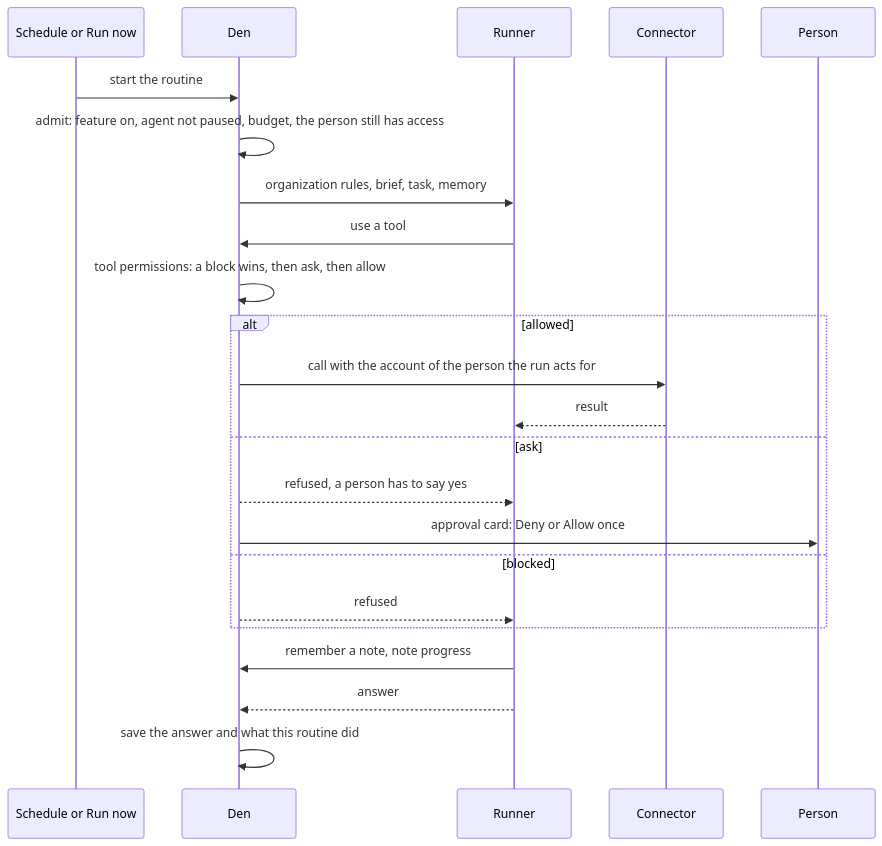
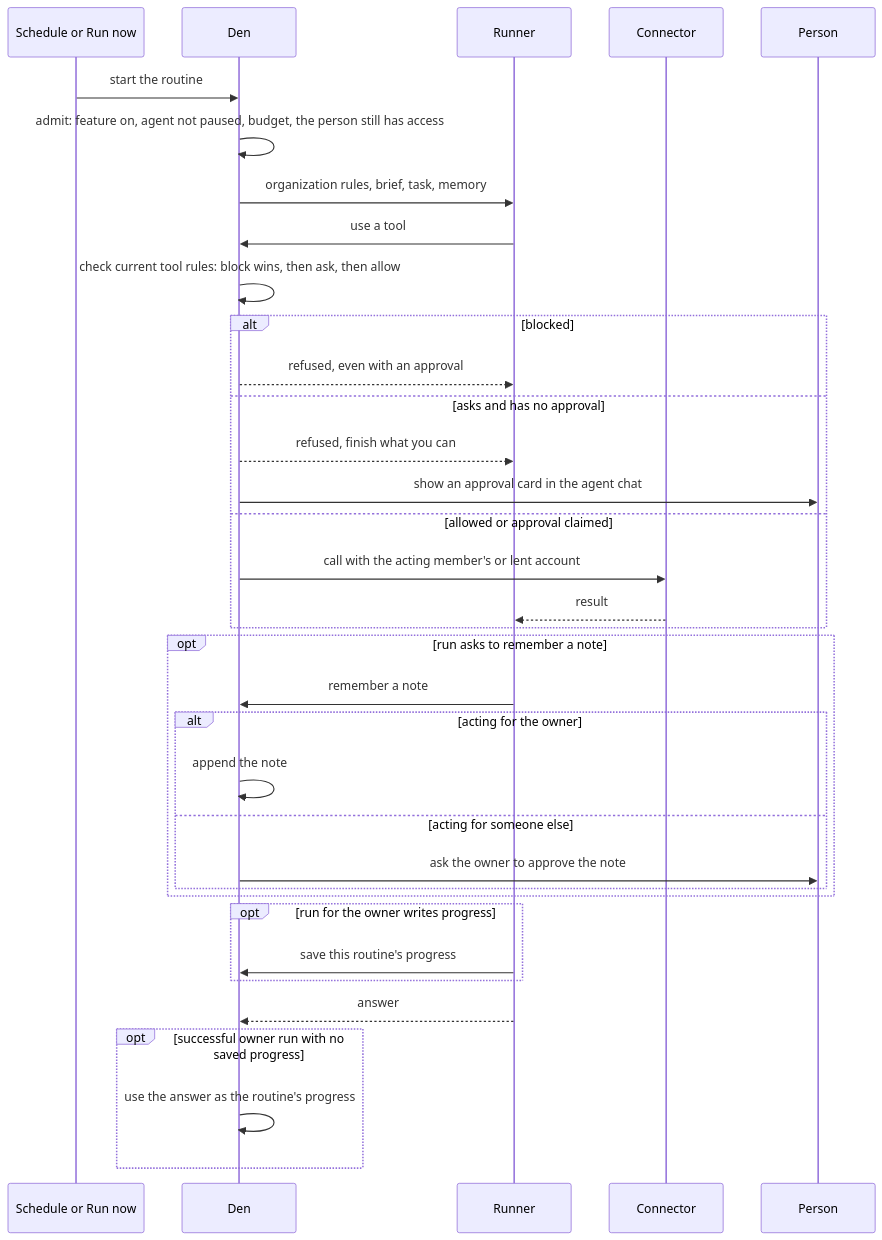
Before and after one commit to different-ai/openwork: the second of 3 diagrams in docs/features/personal-agents/README.md, drawn with Mermaid. The commit also changed other lines of this file and 31 other files, not shown here.

First line of the commit message:
wip(agents): tool permissions for chats, Automations and Workbot; docs

````diff
--- a/docs/features/personal-agents/README.md
+++ b/docs/features/personal-agents/README.md
@@ -150,25 +184,37 @@
 ```mermaid
 sequenceDiagram
   participant S as Schedule or Run now
   participant D as Den
   participant R as Runner
   participant C as Connector
   participant P as Person
   S->>D: start the routine
   D->>D: admit: feature on, agent not paused, budget, the person still has access
   D->>R: organization rules, brief, task, memory
   R->>D: use a tool
-  D->>D: tool permissions: a block wins, then ask, then allow
-  alt allowed
-    D->>C: call with the account of the person the run acts for
+  D->>D: check current tool rules: block wins, then ask, then allow
+  alt blocked
+    D-->>R: refused, even with an approval
+  else asks and has no approval
+    D-->>R: refused, finish what you can
+    D->>P: show an approval card in the agent chat
+  else allowed or approval claimed
+    D->>C: call with the acting member's or lent account
     C-->>R: result
-  else ask
-    D-->>R: refused, a person has to say yes
-    D->>P: approval card: Deny or Allow once
-  else blocked
-    D-->>R: refused
   end
-  R->>D: remember a note, note progress
+  opt run asks to remember a note
+    R->>D: remember a note
+    alt acting for the owner
+      D->>D: append the note
+    else acting for someone else
+      D->>P: ask the owner to approve the note
+    end
+  end
+  opt run for the owner writes progress
+    R->>D: save this routine's progress
+  end
   R-->>D: answer
-  D->>D: save the answer and what this routine did
+  opt successful owner run with no saved progress
+    D->>D: use the answer as the routine's progress
+  end
 ```
````
